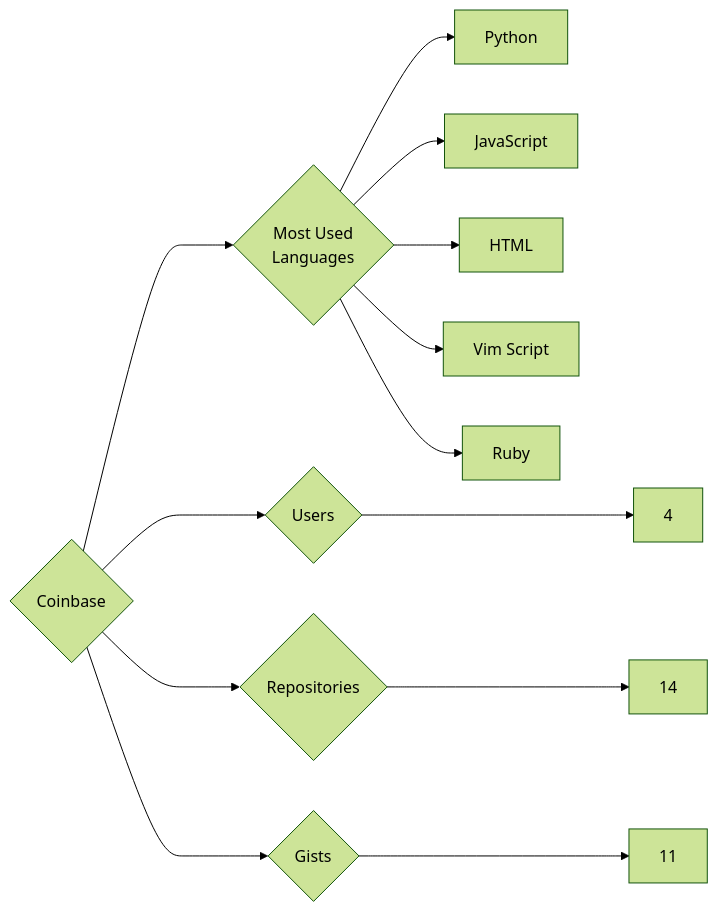
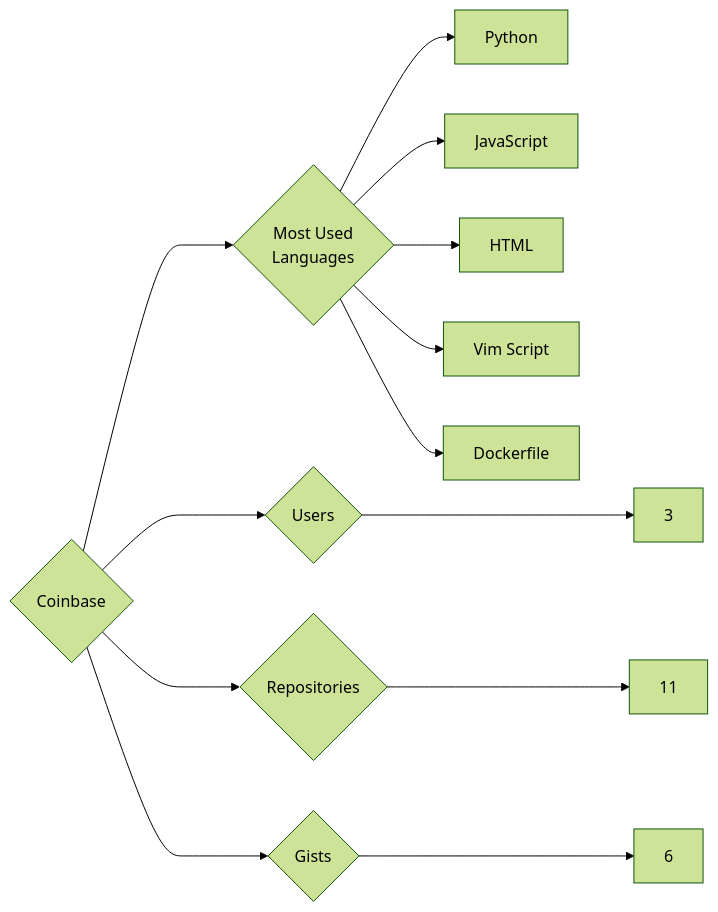
Before and after one commit to trickest/insiders: the diagram in targets/Coinbase/README.md, drawn with Mermaid (forest theme). The commit also changed 997 other files, not shown here.

````diff
--- a/targets/Coinbase/README.md
+++ b/targets/Coinbase/README.md
@@ -3,13 +3,13 @@
 ```mermaid
 graph LR
 COMPANY_NAME{Coinbase}
-COMPANY_NAME ---> U{Users} ---> UN[4]
-COMPANY_NAME ---> R{Repositories} ---> RN[14]
-COMPANY_NAME ---> G{Gists} ---> GN[11]
+COMPANY_NAME ---> U{Users} ---> UN[3]
+COMPANY_NAME ---> R{Repositories} ---> RN[11]
+COMPANY_NAME ---> G{Gists} ---> GN[6]
 COMPANY_NAME ---> ML{Most Used<br>Languages}
 ML --> Python[Python]
 ML --> JavaScript[JavaScript]
 ML --> HTML[HTML]
 ML --> Vim_Script[Vim Script]
-ML --> Ruby[Ruby]
+ML --> Dockerfile[Dockerfile]
 ```
````
